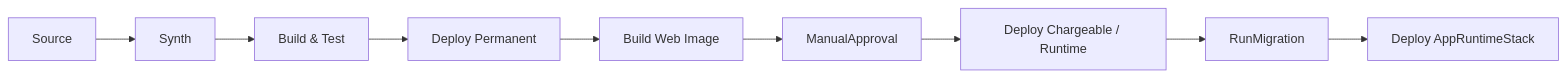
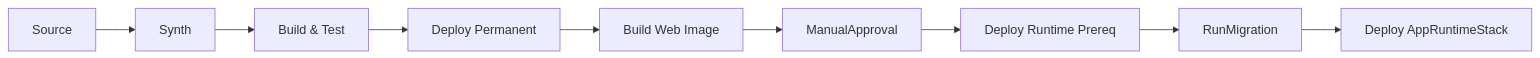
The diagram in docs/implementation/phase2-beta/agent-tasks/P2-beta/P2-beta-09-pipeline-stage-recomposition.md (kyiwanami/workops), drawn with Mermaid before and after one commit. The commit also changed other lines of this file and 28 other files, not shown here.

````diff
--- a/docs/implementation/phase2-beta/agent-tasks/P2-beta/P2-beta-09-pipeline-stage-recomposition.md
+++ b/docs/implementation/phase2-beta/agent-tasks/P2-beta/P2-beta-09-pipeline-stage-recomposition.md
@@ -34,11 +34,11 @@
 ```mermaid
 flowchart LR
   Source["Source"] --> Synth["Synth"]
   Synth --> BuildTest["Build & Test"]
   BuildTest --> Permanent["Deploy Permanent"]
   Permanent --> BuildWeb["Build Web Image"]
   BuildWeb --> Approval["ManualApproval"]
-  Approval --> Chargeable["Deploy Chargeable / Runtime"]
-  Chargeable --> Migration["RunMigration"]
+  Approval --> RuntimePrereq["Deploy Runtime Prereq"]
+  RuntimePrereq --> Migration["RunMigration"]
   Migration --> App["Deploy AppRuntimeStack"]
 ```
````
